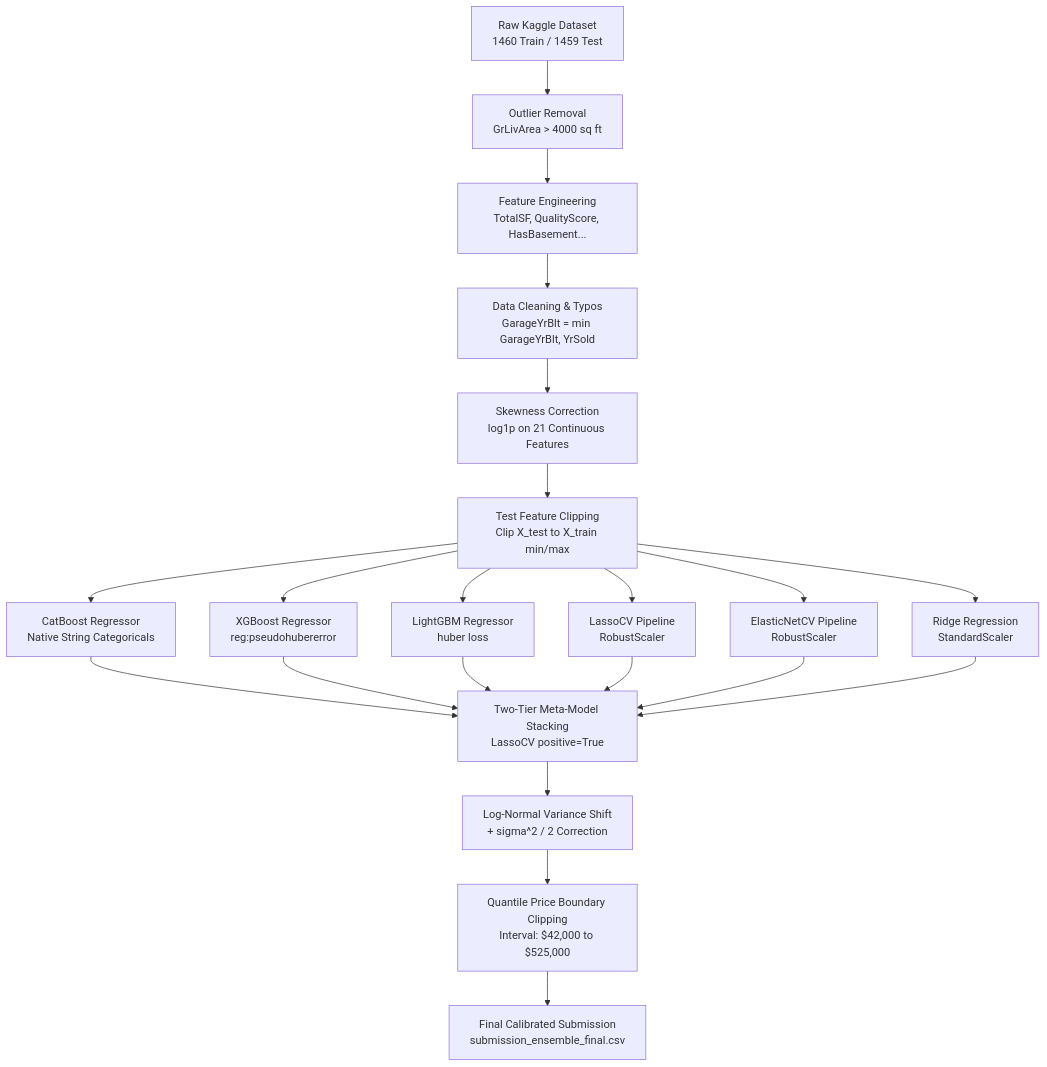
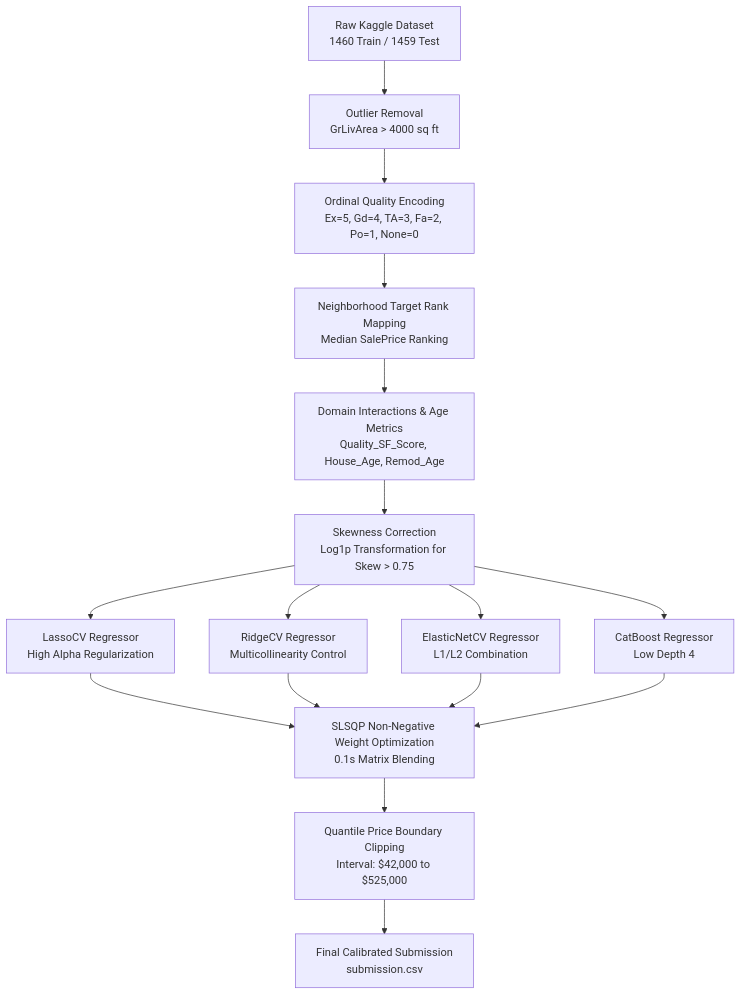
One commit to AliAziziDH/house changed the diagram in README.md. Above: the diagram before and after it, drawn with Mermaid. The commit also changed other lines of this file and 20 other files, not shown here.

Commit message:
feat: small-dataset optimization pipeline, ordinal encodings, pytest suite, and ruff fixes

````diff
--- a/README.md
+++ b/README.md
@@ -29,21 +29,17 @@
 ```mermaid
 flowchart TD
     A[Raw Kaggle Dataset\n1460 Train / 1459 Test] --> B[Outlier Removal\nGrLivArea > 4000 sq ft]
-    B --> C[Feature Engineering\nTotalSF, QualityScore, HasBasement...]
-    C --> D[Data Cleaning & Typos\nGarageYrBlt = min GarageYrBlt, YrSold]
-    D --> E[Skewness Correction\nlog1p on 21 Continuous Features]
-    E --> F[Test Feature Clipping\nClip X_test to X_train min/max]
+    B --> C[Ordinal Quality Encoding\nEx=5, Gd=4, TA=3, Fa=2, Po=1, None=0]
+    C --> D[Neighborhood Target Rank Mapping\nMedian SalePrice Ranking]
+    D --> E[Domain Interactions & Age Metrics\nQuality_SF_Score, House_Age, Remod_Age]
+    E --> F[Skewness Correction\nLog1p Transformation for Skew > 0.75]
     
-    F --> G1[CatBoost Regressor\nNative String Categoricals]
-    F --> G2[XGBoost Regressor\nreg:pseudohubererror]
-    F --> G3[LightGBM Regressor\nhuber loss]
-    F --> G4[LassoCV Pipeline\nRobustScaler]
-    F --> G5[ElasticNetCV Pipeline\nRobustScaler]
-    F --> G6[Ridge Regression\nStandardScaler]
+    F --> G1[LassoCV Regressor\nHigh Alpha Regularization]
+    F --> G2[RidgeCV Regressor\nMulticollinearity Control]
+    F --> G3[ElasticNetCV Regressor\nL1/L2 Combination]
+    F --> G4[CatBoost Regressor\nLow Depth 4]
     
-    G1 & G2 & G3 & G4 & G5 & G6 --> H[Two-Tier Meta-Model Stacking\nLassoCV positive=True]
-    
-    H --> I[Log-Normal Variance Shift\n+ sigma^2 / 2 Correction]
-    I --> J[Quantile Price Boundary Clipping\nInterval: $42,000 to $525,000]
-    J --> K[Final Calibrated Submission\nsubmission_ensemble_final.csv]
+    G1 & G2 & G3 & G4 --> H[SLSQP Non-Negative Weight Optimization\n0.1s Matrix Blending]
+    H --> I[Quantile Price Boundary Clipping\nInterval: $42,000 to $525,000]
+    I --> J[Final Calibrated Submission\nsubmission.csv]
 ```
````
